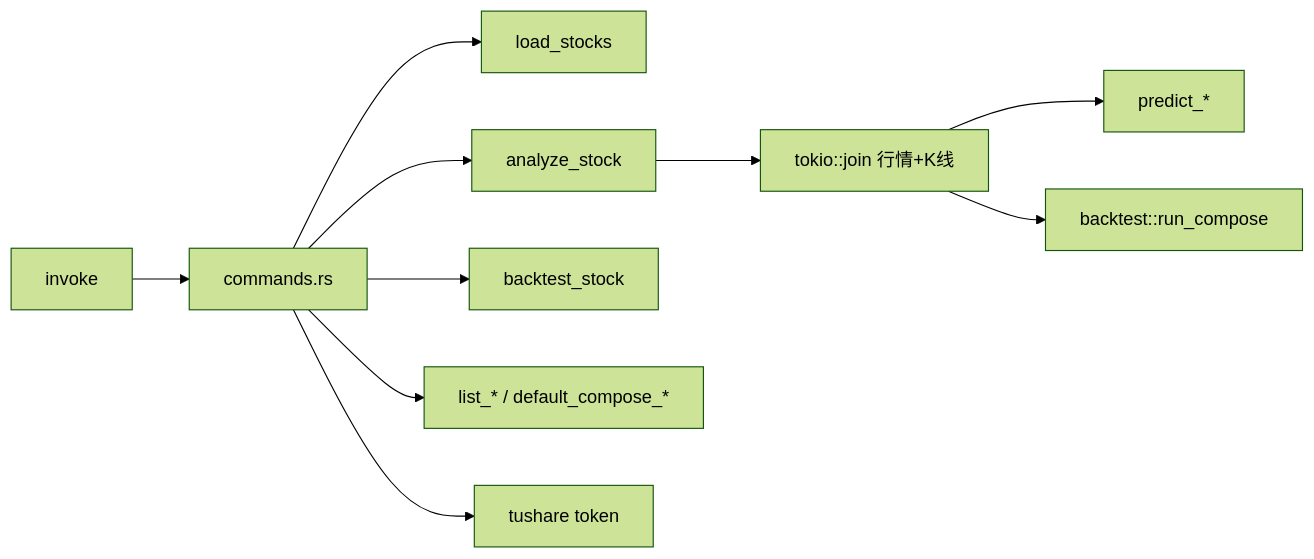
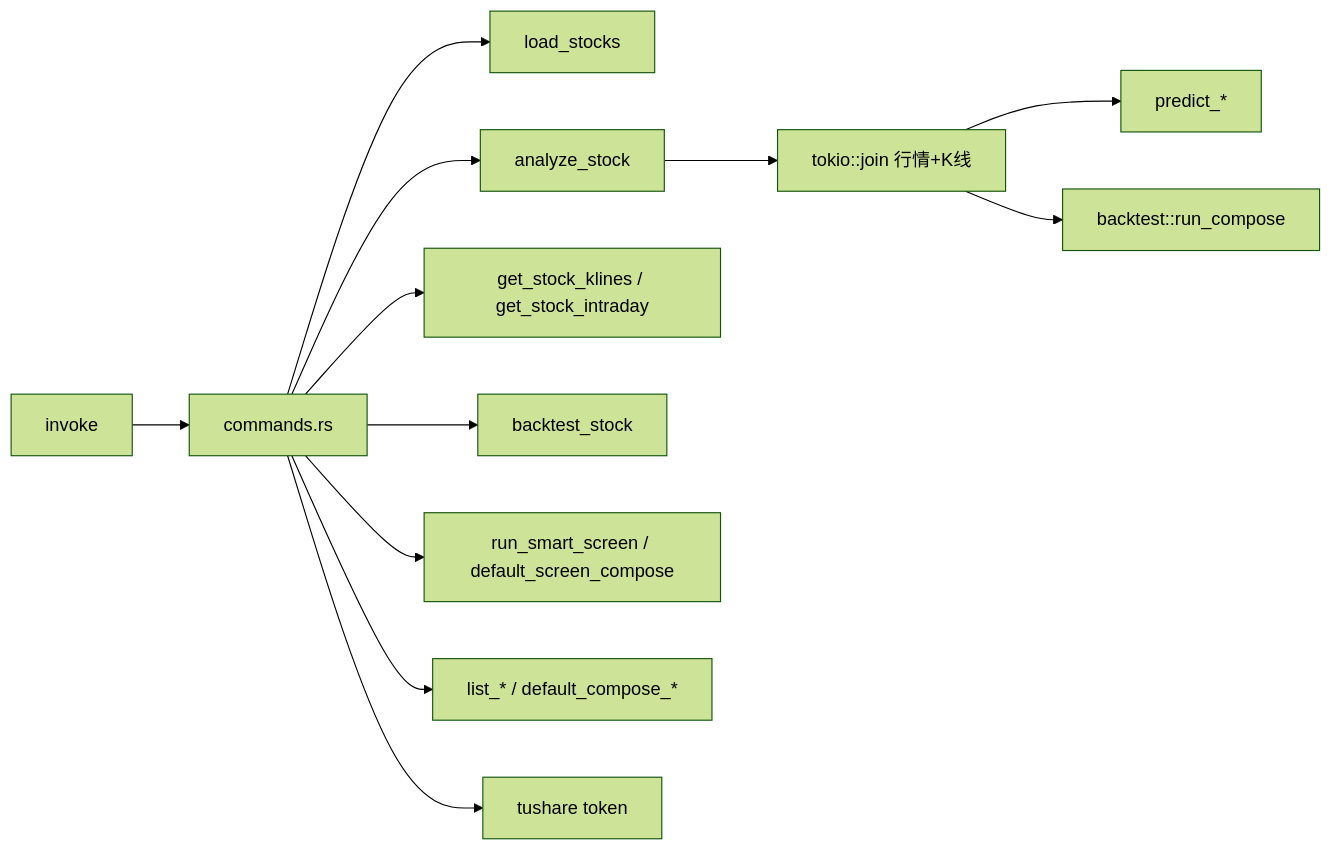
One commit to wuyanwen1997-wyw/stock-predict changed the ninth of 18 diagrams in docs/软件设计说明.md. Above: the diagram before and after it, drawn with Mermaid (forest theme). The commit also changed other lines of this file and 10 other files, not shown here.

````diff
--- a/docs/软件设计说明.md
+++ b/docs/软件设计说明.md
@@ -376,12 +403,14 @@
 ```mermaid
 flowchart LR
     INV[invoke] --> CMD[commands.rs]
     CMD --> LS[load_stocks]
     CMD --> AN[analyze_stock]
+    CMD --> KL[get_stock_klines / get_stock_intraday]
     CMD --> BT[backtest_stock]
+    CMD --> SCR[run_smart_screen / default_screen_compose]
     CMD --> META[list_* / default_compose_*]
     CMD --> TOK[tushare token]
     AN --> JOIN[tokio::join 行情+K线]
     JOIN --> PRED[predict_*]
     JOIN --> RUNBT[backtest::run_compose]
 ```
````
